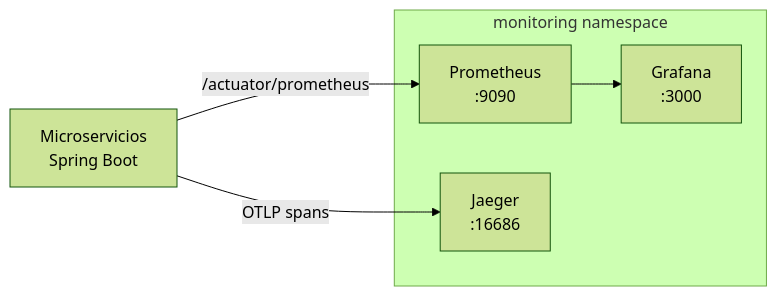
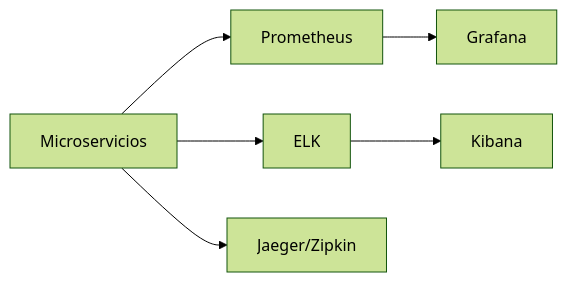
Before and after one commit to diegopolancolozano/circle-guard-public: the diagram in docs/OBSERVABILITY_AND_SECURITY.md, drawn with Mermaid (forest theme). The commit also changed other lines of this file and 27 other files, not shown here.

````diff
--- a/docs/OBSERVABILITY_AND_SECURITY.md
+++ b/docs/OBSERVABILITY_AND_SECURITY.md
@@ -62,11 +16,8 @@
 ```mermaid
 flowchart LR
-  services[Microservicios\nSpring Boot] -- /actuator/prometheus --> prom[Prometheus\n:9090]
-  services -- OTLP spans --> jaeger[Jaeger\n:16686]
-  prom --> grafana[Grafana\n:3000]
-  subgraph monitoring namespace
-    prom
-    grafana
-    jaeger
-  end
+  services[Microservicios] --> metrics[Prometheus]
+  services --> logs[ELK]
+  services --> traces[Jaeger/Zipkin]
+  metrics --> grafana[Grafana]
+  logs --> kibana[Kibana]
 ```
````
